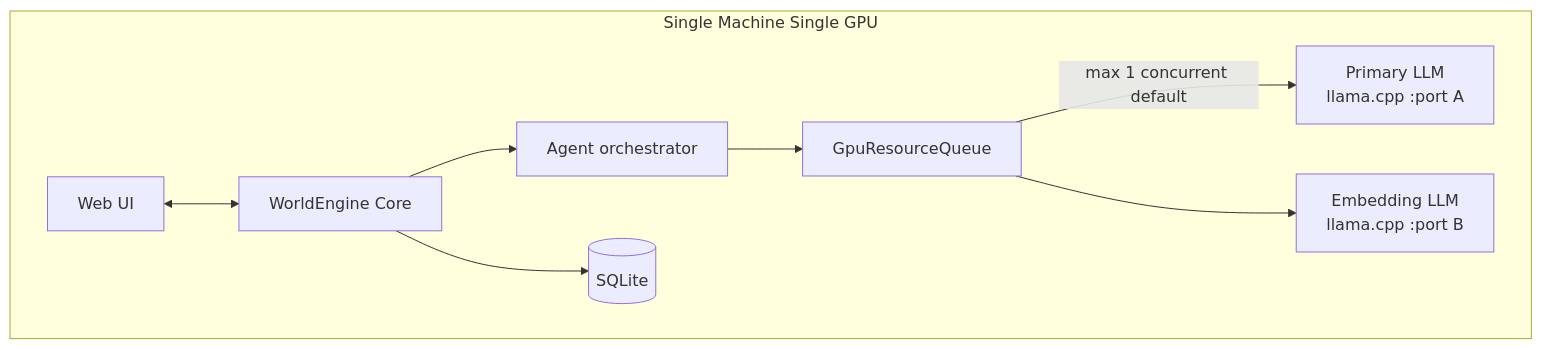
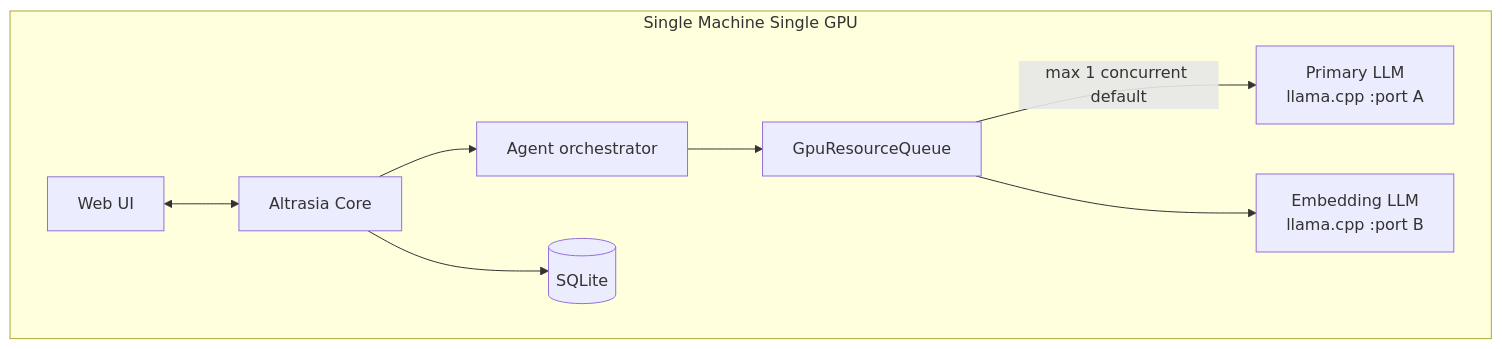
The first of 2 diagrams in docs/00-inference-runtime.md (claywar/Altrasia), drawn with Mermaid before and after one commit. The commit also changed other lines of this file and 36 other files, not shown here.

First line of the commit message:
chore: Rebrand WorldEngine to Altrasia across specs and assets

````diff
--- a/docs/00-inference-runtime.md
+++ b/docs/00-inference-runtime.md
@@ -7,18 +7,18 @@
 ```mermaid
 flowchart TB
   subgraph host [Single Machine Single GPU]
     UI[Web UI]
-    Core[WorldEngine Core]
+    Core[Altrasia Core]
     IQ[GpuResourceQueue]
     AO[Agent orchestrator]
     Primary["Primary LLM\nllama.cpp :port A"]
     Embed["Embedding LLM\nllama.cpp :port B"]
     Store[(SQLite)]
   end
   UI <--> Core
   AO --> IQ
   Core --> AO
   IQ -->|"max 1 concurrent default"| Primary
   IQ --> Embed
   Core --> Store
 ```
````
